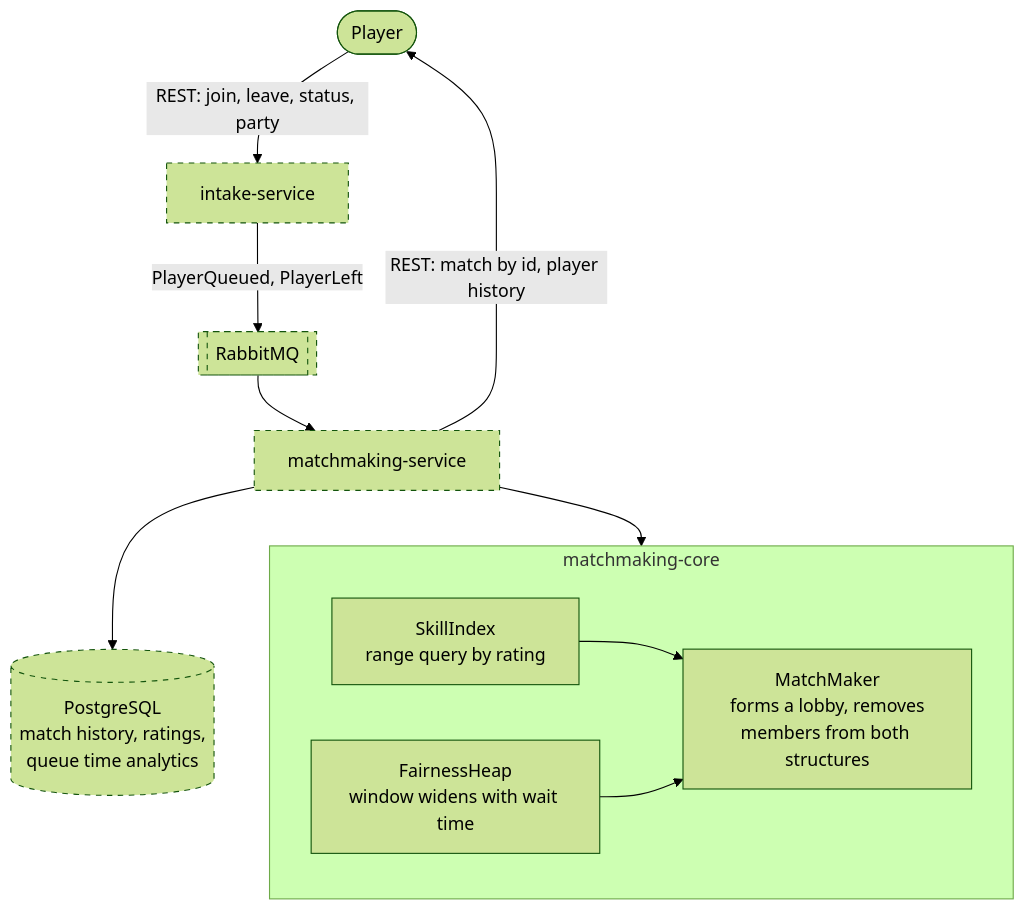
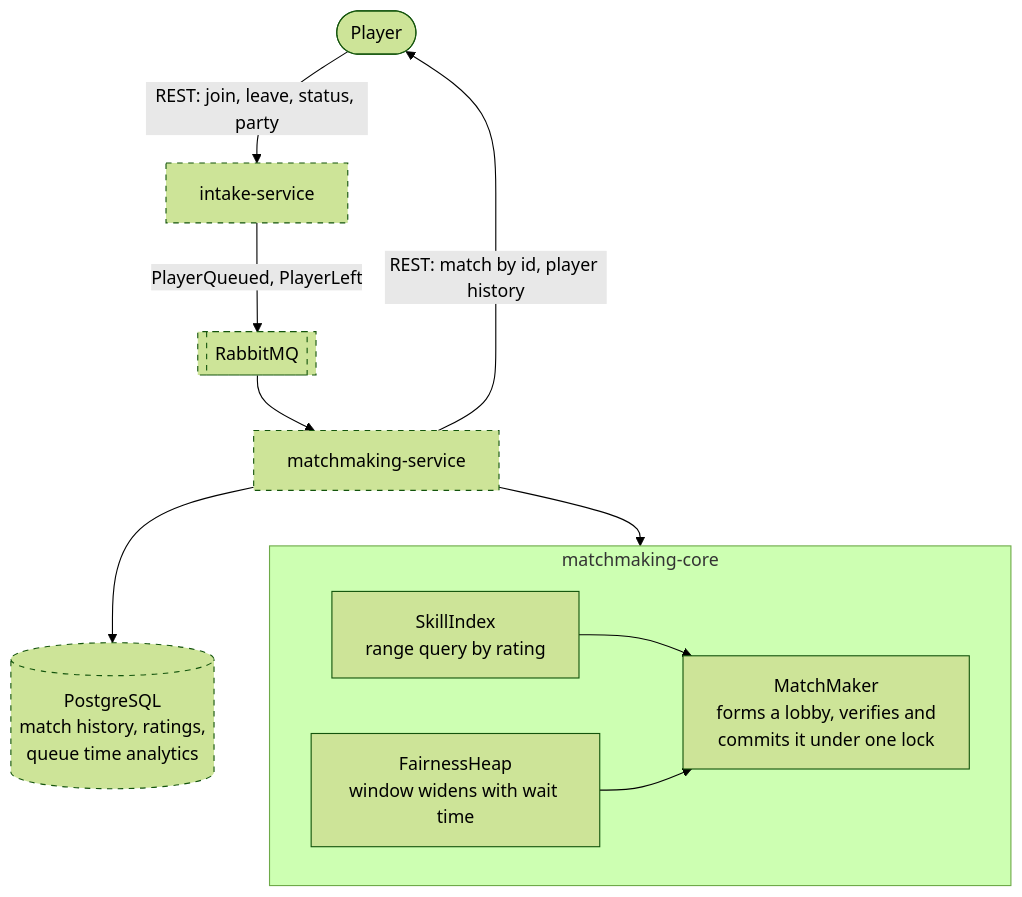
One commit to Amrovv/match3d changed the diagram in README.md. Above: the diagram before and after it, drawn with Mermaid (forest theme). The commit also changed other lines of this file and 2 other files, not shown here.

First line of the commit message:
docs: describe matching under contention

````diff
--- a/README.md
+++ b/README.md
@@ -83,24 +83,24 @@
 ```mermaid
 flowchart TD
     player(["Player"])
 
     player -->|"REST: join, leave, status, party"| intake["intake-service"]
     intake -->|"PlayerQueued, PlayerLeft"| queue[["RabbitMQ"]]
     queue --> service["matchmaking-service"]
 
     subgraph core["matchmaking-core"]
         direction LR
         index["SkillIndex<br/>range query by rating"]
         heap["FairnessHeap<br/>window widens with wait time"]
-        matcher["MatchMaker<br/>forms a lobby, removes<br/>members from both structures"]
+        matcher["MatchMaker<br/>forms a lobby, verifies and<br/>commits it under one lock"]
         index --> matcher
         heap --> matcher
     end
 
     service --> core
     service --> db[("PostgreSQL<br/>match history, ratings,<br/>queue time analytics")]
     service -->|"REST: match by id, player history"| player
 
     classDef pending stroke-dasharray: 5 5;
     class intake,queue,service,db pending;
 ```
````
